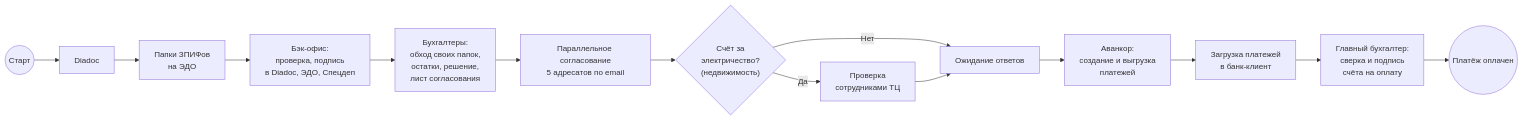
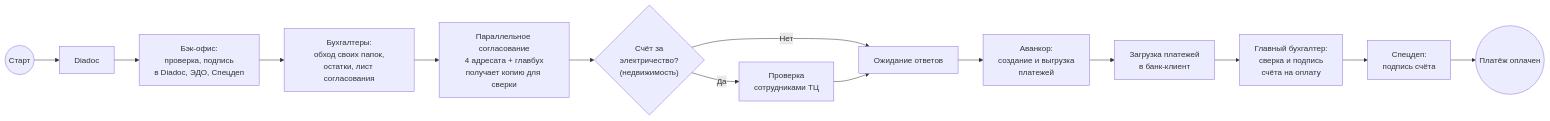
Before and after one commit to botclaw1983/veles: the second of 3 diagrams in 2.1 Маршруты Документов - входящий Счет на оплату.md, drawn with Mermaid. The commit also changed other lines of this file, not shown here.

````diff
--- a/2.1 Маршруты Документов - входящий Счет на оплату.md
+++ b/2.1 Маршруты Документов - входящий Счет на оплату.md
@@ -179,16 +157,16 @@
 ```mermaid
 flowchart LR
     A((Старт)) --> B["Diadoc"]
-    B --> C["Папки ЗПИФов<br/>на ЭДО"]
-    C --> BO["Бэк-офис:<br/>проверка, подпись<br/>в Diadoc, ЭДО, Спецдеп"]
-    BO --> D["Бухгалтеры:<br/>обход своих папок,<br/>остатки, решение,<br/>лист согласования"]
-    D --> G["Параллельное согласование<br/>5 адресатов по email"]
+    B --> BO["Бэк-офис:<br/>проверка, подпись<br/>в Diadoc, ЭДО, Спецдеп"]
+    BO --> D["Бухгалтеры:<br/>обход своих папок,<br/>остатки, лист согласования"]
+    D --> G["Параллельное согласование<br/>4 адресата + главбух<br/>получает копию для сверки"]
     G --> RE{"Счёт за<br/>электричество?<br/>(недвижимость)"}
     RE -->|Да| F["Проверка<br/>сотрудниками ТЦ"]
     RE -->|Нет| H
     F --> H["Ожидание ответов"]
     H --> AV["Аванкор:<br/>создание и выгрузка<br/>платежей"]
     AV --> J["Загрузка платежей<br/>в банк-клиент"]
     J --> K["Главный бухгалтер:<br/>сверка и подпись<br/>счёта на оплату"]
-    K --> L(("Платёж оплачен"))
+    K --> SD["Спецдеп:<br/>подпись счёта"]
+    SD --> L(("Платёж оплачен"))
 ```
````
